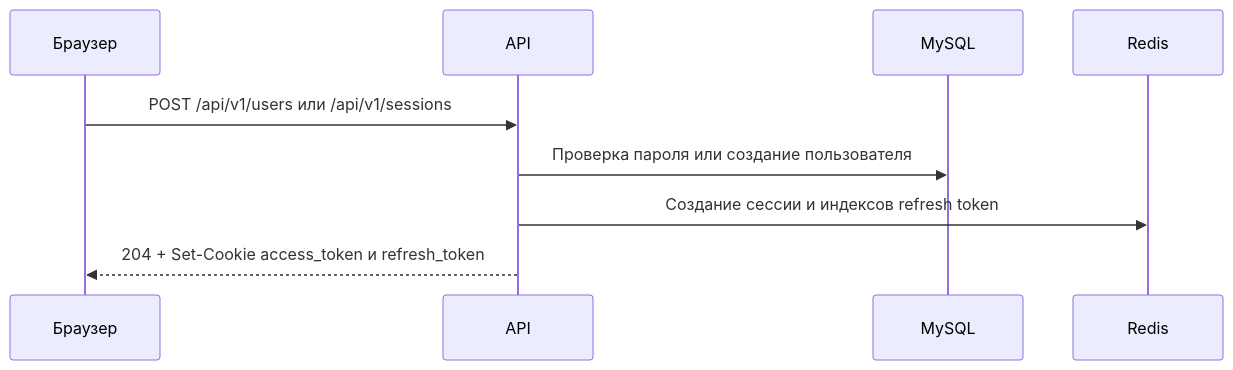
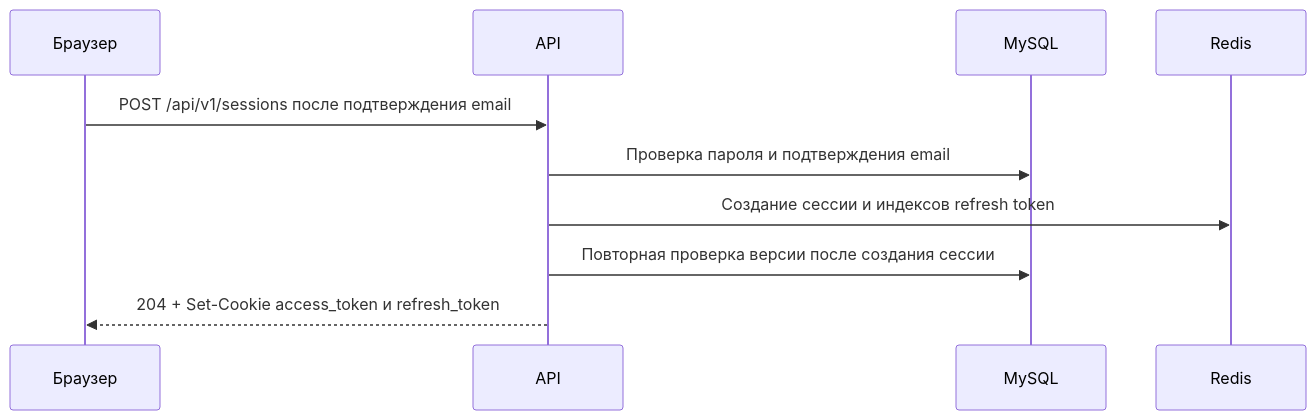
The second of 4 diagrams in docs/auth.md (ViaCode-Team/ViaTradeBackend), drawn with Mermaid before and after one commit. The commit also changed other lines of this file and 61 other files, not shown here.

````diff
--- a/docs/auth.md
+++ b/docs/auth.md
@@ -141,12 +142,13 @@
 ```mermaid
 sequenceDiagram
     participant B as Браузер
     participant API as API
     participant DB as MySQL
     participant R as Redis
 
-    B->>API: POST /api/v1/users или /api/v1/sessions
-    API->>DB: Проверка пароля или создание пользователя
+    B->>API: POST /api/v1/sessions после подтверждения email
+    API->>DB: Проверка пароля и подтверждения email
     API->>R: Создание сессии и индексов refresh token
+    API->>DB: Повторная проверка версии после создания сессии
     API-->>B: 204 + Set-Cookie access_token и refresh_token
 ```
````
